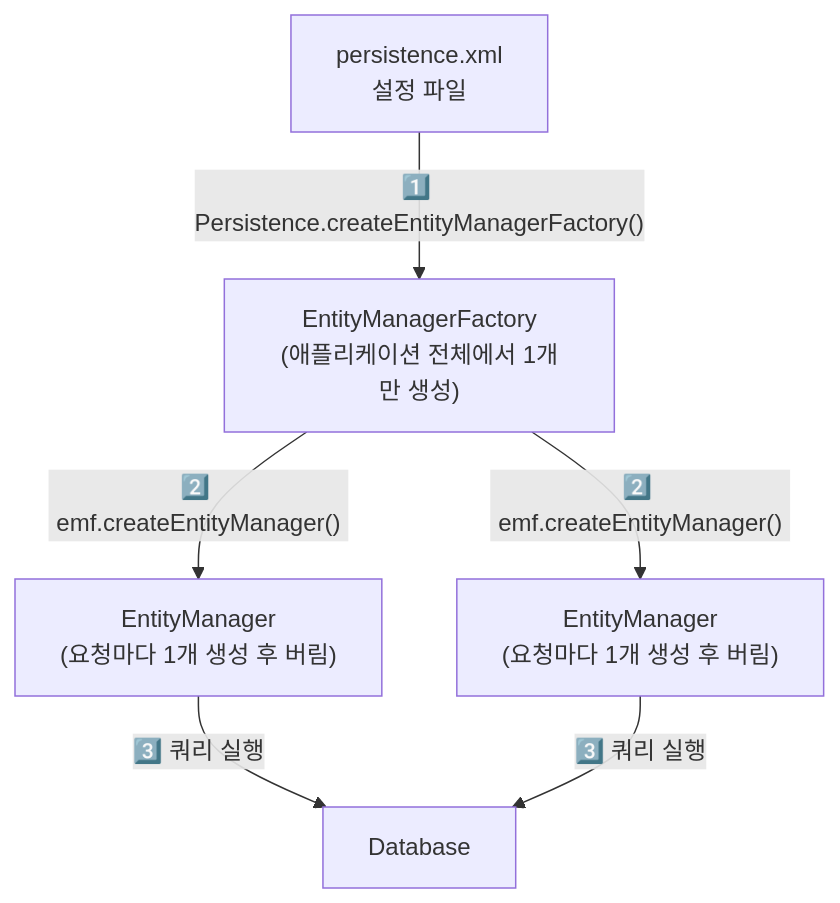
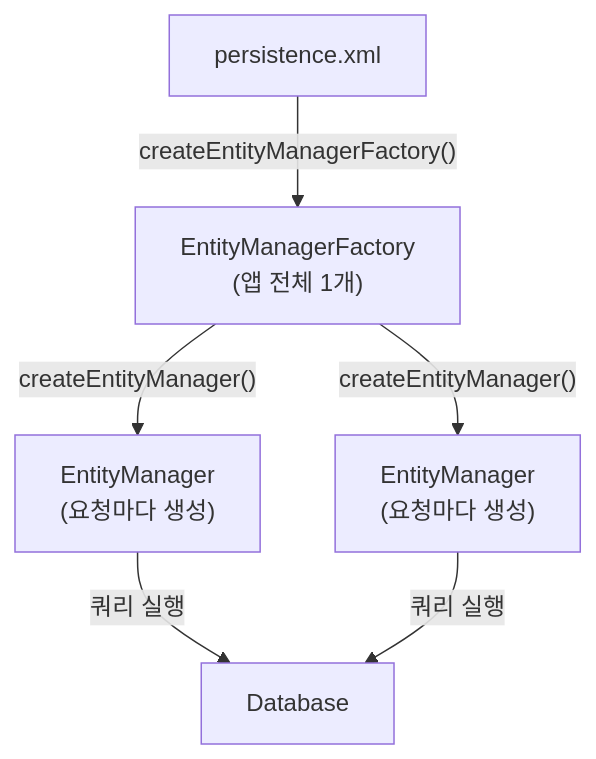
One commit to yjkim2015/yjkim2015.github.io changed the second of 2 diagrams in _posts/jpa/2021-10-10-Jpa 시작하기.md. Above: the diagram before and after it, drawn with Mermaid. The commit also changed other lines of this file and 215 other files, not shown here.

First line of the commit message:
신규 포스트 10개 추가 + Mermaid 전면 축소 + SystemDesign 시리즈 보강

````diff
--- a/_posts/jpa/2021-10-10-Jpa 시작하기.md
+++ b/_posts/jpa/2021-10-10-Jpa 시작하기.md
@@ -112,14 +102,6 @@
 ```mermaid
 graph TD
-    XML["persistence.xml\n설정 파일"]
-    EMF["EntityManagerFactory\n(애플리케이션 전체에서 1개만 생성)"]
-    EM1["EntityManager\n(요청마다 1개 생성 후 버림)"]
-    EM2["EntityManager\n(요청마다 1개 생성 후 버림)"]
-    DB["Database"]
-
-    XML -->|"1️⃣ Persistence.createEntityManagerFactory()"| EMF
-    EMF -->|"2️⃣ emf.createEntityManager()"| EM1
-    EMF -->|"2️⃣ emf.createEntityManager()"| EM2
-    EM1 -->|"3️⃣ 쿼리 실행"| DB
-    EM2 -->|"3️⃣ 쿼리 실행"| DB
+    XML["persistence.xml"] -->|"createEntityManagerFactory()"| EMF["EntityManagerFactory\n(앱 전체 1개)"]
+    EMF -->|"createEntityManager()"| EM1["EntityManager\n(요청마다 생성)"] & EM2["EntityManager\n(요청마다 생성)"]
+    EM1 & EM2 -->|"쿼리 실행"| DB["Database"]
 ```
````
